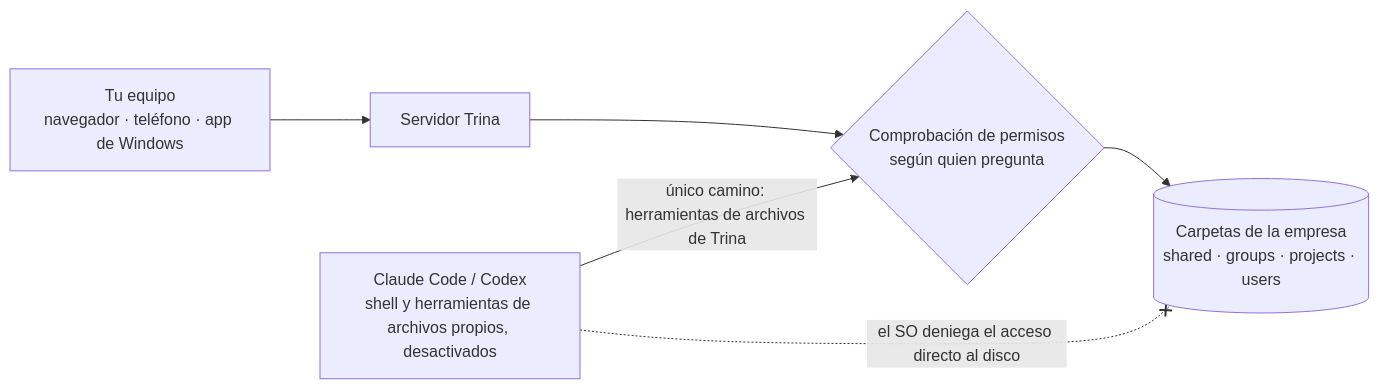
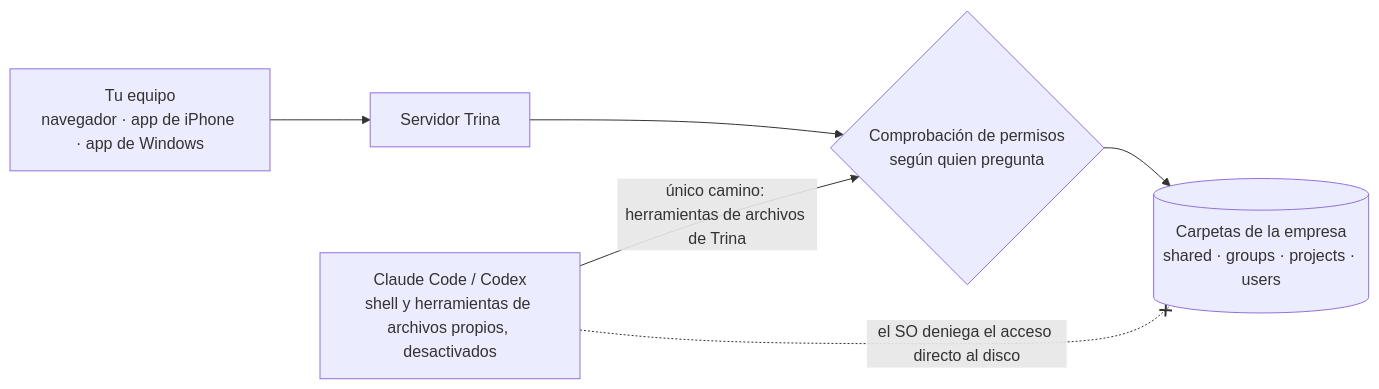
One commit to trina-app/trina-ax changed the diagram in README.es.md. Above: the diagram before and after it, drawn with Mermaid. The commit also changed other lines of this file and 9 other files, not shown here.

````diff
--- a/README.es.md
+++ b/README.es.md
@@ -69,8 +95,8 @@
 ```mermaid
 flowchart LR
-  P["Tu equipo<br/>navegador · teléfono · app de Windows"] --> S["Servidor Trina"]
+  P["Tu equipo<br/>navegador · app de iPhone · app de Windows"] --> S["Servidor Trina"]
   E["Claude Code / Codex<br/>shell y herramientas de archivos propios, desactivados"] -->|"único camino: herramientas de archivos de Trina"| C{"Comprobación de permisos<br/>según quien pregunta"}
   S --> C
   C --> D[("Carpetas de la empresa<br/>shared · groups · projects · users")]
   E -. "el SO deniega el acceso directo al disco" .-x D
 ```
````
